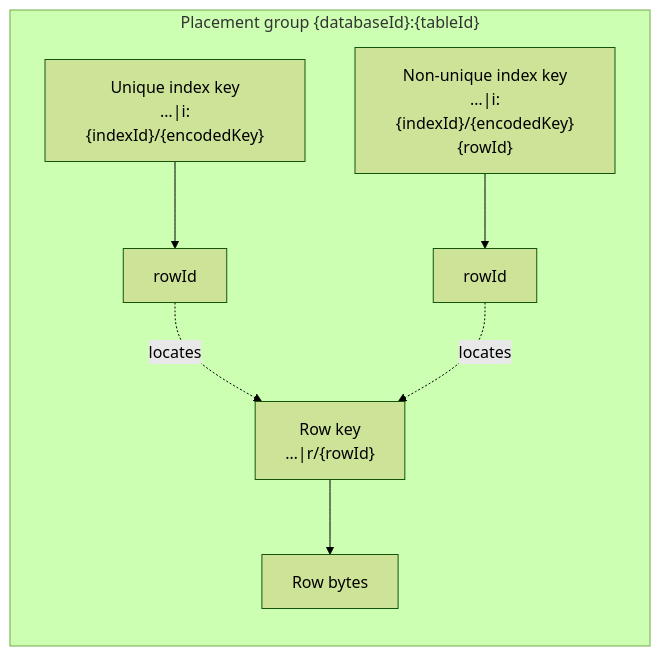
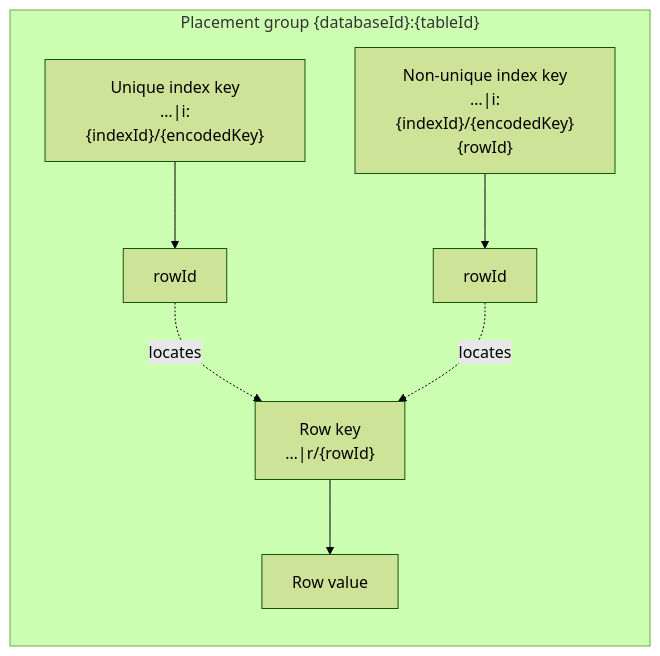
The third of 3 diagrams in docs/storage.md (camusdb/camusdb.github.io), drawn with Mermaid (forest theme) before and after one commit. The commit also changed other lines of this file and 216 other files, not shown here.

````diff
--- a/docs/storage.md
+++ b/docs/storage.md
@@ -208,10 +212,10 @@
 ```mermaid
 flowchart LR
     subgraph G["Placement group {databaseId}:{tableId}"]
-        R["Row key<br/>…|r/{rowId}"] --> RV[Row bytes]
+        R["Row key<br/>…|r/{rowId}"] --> RV[Row value]
         U["Unique index key<br/>…|i:{indexId}/{encodedKey}"] --> UV[rowId]
         N["Non-unique index key<br/>…|i:{indexId}/{encodedKey}{rowId}"] --> NV[rowId]
     end
     UV -.->|locates| R
     NV -.->|locates| R
 ```
````
